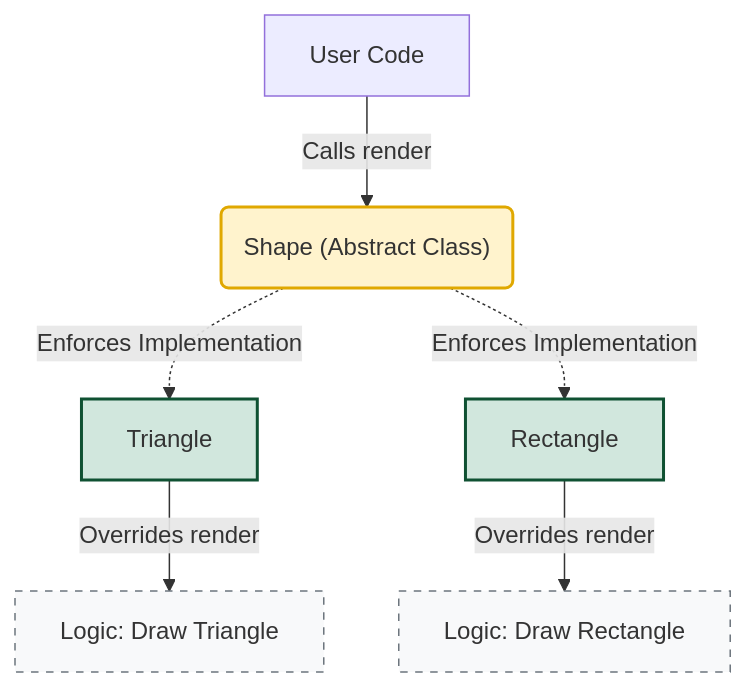
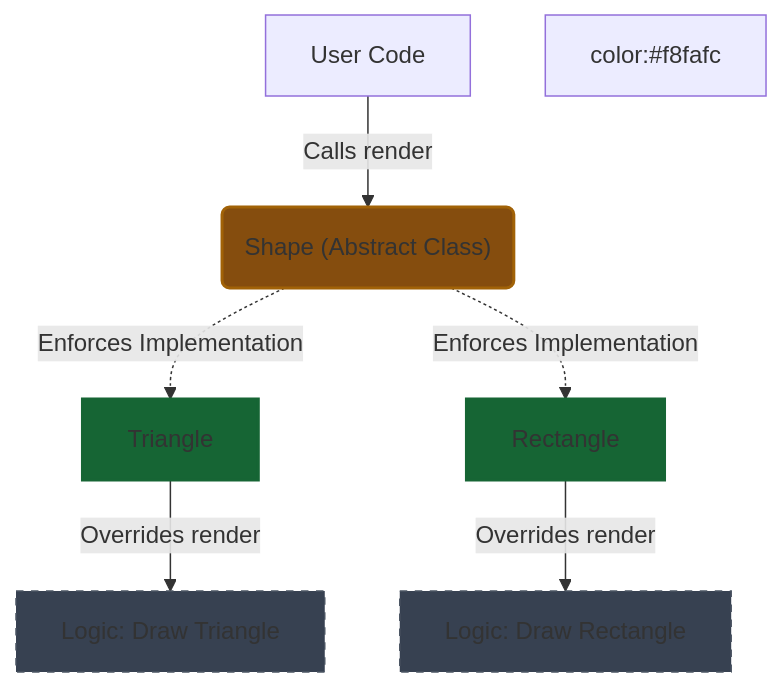
Before and after one commit to Kang-Hyesung/kang-hyesung.github.io: the diagram in _posts/java/06-Polymorphism-다형성/2026-01-04-추상-메서드.md, drawn with Mermaid. The commit also changed 74 other files, not shown here.

Commit message:
docs: update post visibility and mermaid colors

````diff
--- a/_posts/java/06-Polymorphism-다형성/2026-01-04-추상-메서드.md
+++ b/_posts/java/06-Polymorphism-다형성/2026-01-04-추상-메서드.md
@@ -21,19 +21,19 @@
 ```mermaid
 graph TD
     A["User Code"] -->|Calls render| B("Shape (Abstract Class)")
     B -.->|Enforces Implementation| C["Triangle"]
     B -.->|Enforces Implementation| D["Rectangle"]
     
     C -->|Overrides render| E["Logic: Draw Triangle"]
     D -->|Overrides render| F["Logic: Draw Rectangle"]
 
     %% 스타일 정의
-    classDef abstract fill:#fff3cd,stroke:#e0a800,stroke-width:2px;
-    classDef concrete fill:#d1e7dd,stroke:#0f5132,stroke-width:2px;
-    classDef logic fill:#f8f9fa,stroke:#6c757d,stroke-dasharray: 5 5;
+    classDef abstract fill:#854d0e,stroke:#a16207,stroke-width:2px;color:#f8fafc;
+    classDef concrete fill:#166534,stroke:#166534,stroke-width:2px;color:#f8fafc;
+    classDef logic fill:#374151,stroke:#4b5563,stroke-dasharray: 5 5;color:#f8fafc;
 
     class B abstract;
     class C,D concrete;
     class E,F logic;
 
 ```
````
